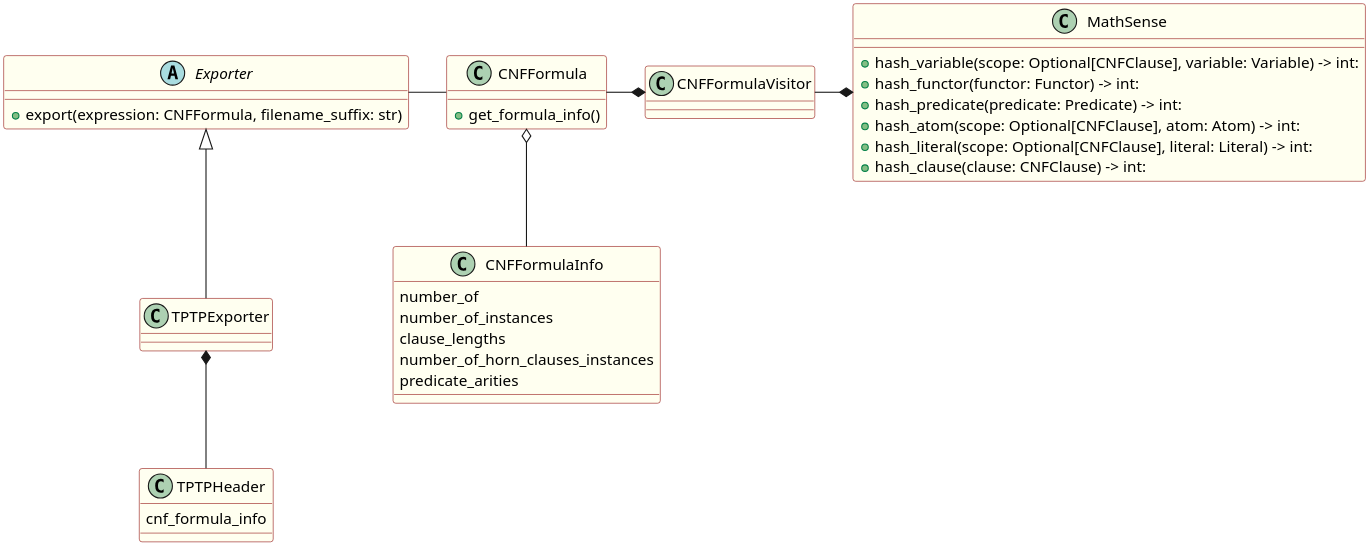
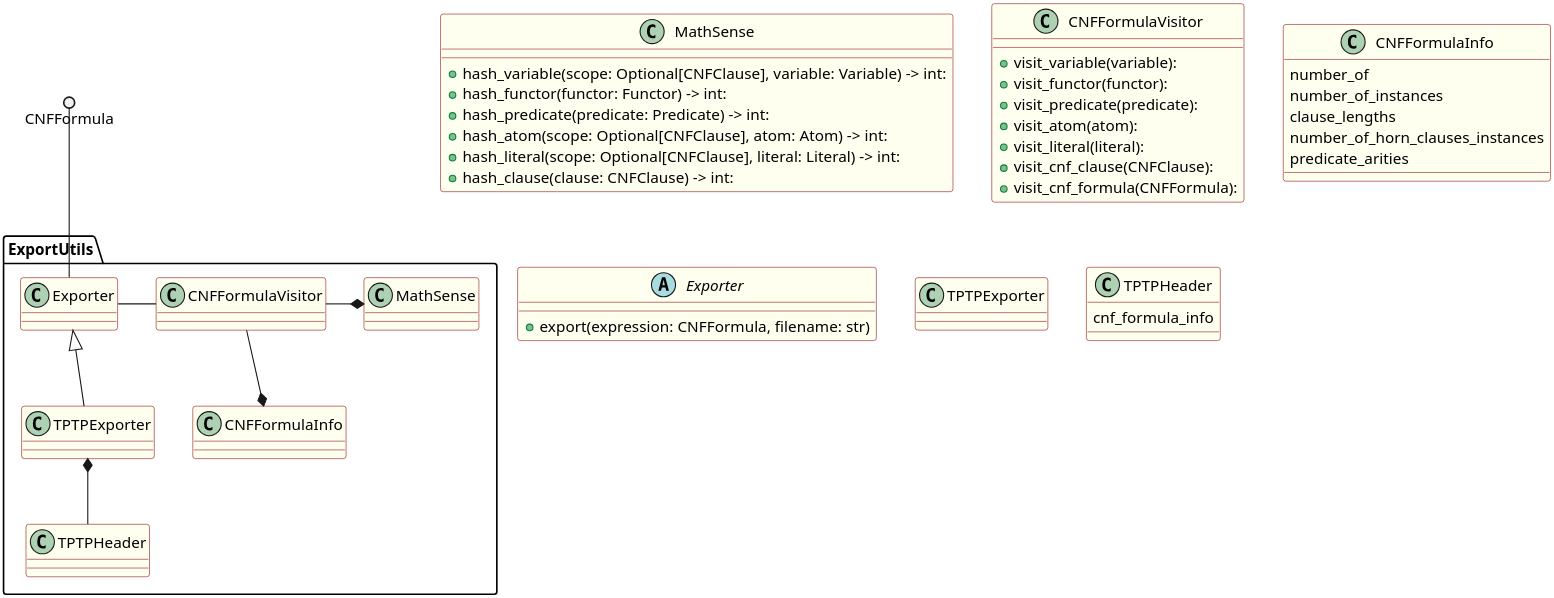
One commit to Mateusz-Grzelinski/set-research-documentation changed the diagram in logic-formula-generator/fol/cnf_formula_statistics.puml. Above: the diagram before and after it, drawn with PlantUML. The commit also changed 20 other files, not shown here.

```diff
--- a/logic-formula-generator/fol/cnf_formula_statistics.puml
+++ b/logic-formula-generator/fol/cnf_formula_statistics.puml
@@ -1,52 +1,57 @@
 @startuml
 skinparam dpi 300
 
 skinparam class {
   backgroundColor Ivory
   borderColor DarkRed
 }
 
-Exporter <|-- TPTPExporter
-TPTPExporter *-- TPTPHeader
-Exporter - CNFFormula
-CNFFormula o-- CNFFormulaInfo
+package ExportUtils {
+  Exporter <|-- TPTPExporter
+  Exporter - CNFFormulaVisitor
+  TPTPExporter *-- TPTPHeader
+  CNFFormulaVisitor -* MathSense
+  CNFFormulaVisitor --* CNFFormulaInfo
+}
 
-CNFFormulaVisitor -* MathSense
-CNFFormula -* CNFFormulaVisitor
+CNFFormula ()-- Exporter
 
 class MathSense {
   + hash_variable(scope: Optional[CNFClause], variable: Variable) -> int:
   + hash_functor(functor: Functor) -> int:
   + hash_predicate(predicate: Predicate) -> int:
   + hash_atom(scope: Optional[CNFClause], atom: Atom) -> int:
   + hash_literal(scope: Optional[CNFClause], literal: Literal) -> int:
   + hash_clause(clause: CNFClause) -> int:
 }
 
-class CNFFormula {
-  + get_formula_info()
-}
-
 class CNFFormulaVisitor {
+  + visit_variable(variable):
+  + visit_functor(functor):
+  + visit_predicate(predicate):
+  + visit_atom(atom):
+  + visit_literal(literal):
+  + visit_cnf_clause(CNFClause):
+  + visit_cnf_formula(CNFFormula):
 }
 
 class CNFFormulaInfo {
   number_of
   number_of_instances
   clause_lengths
   number_of_horn_clauses_instances
   predicate_arities
 }
 
 abstract class Exporter {
-+ export(expression: CNFFormula, filename_suffix: str) 
++ export(expression: CNFFormula, filename: str) 
 }
 
 class TPTPExporter {
 }
 
 class TPTPHeader {
   cnf_formula_info
 }
 
 @enduml
```
